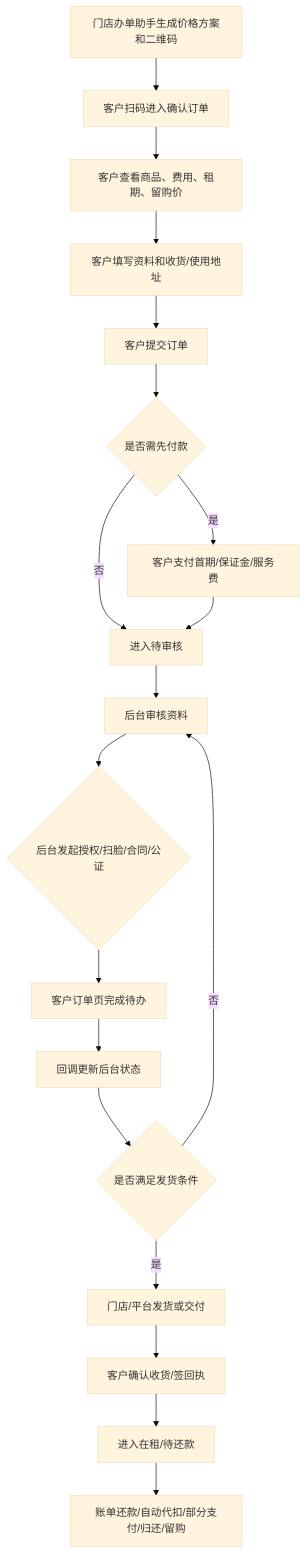
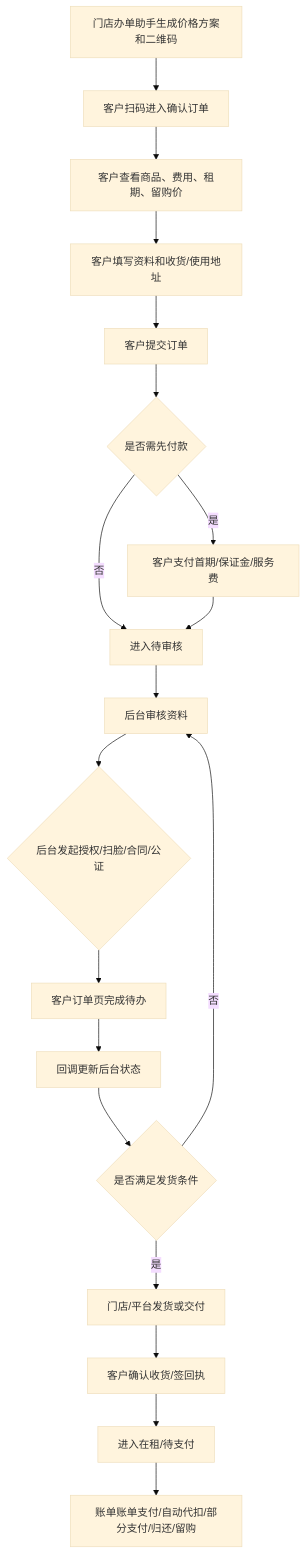
The diagram in PRD/V0.2/modules/C端/下单履约/01_客户扫码下单主流程.md (joezjyan-bot/mandian-prd), drawn with Mermaid (base theme) before and after one commit. The commit also changed other lines of this file and 29 other files, not shown here.

````diff
--- a/PRD/V0.2/modules/C端/下单履约/01_客户扫码下单主流程.md
+++ b/PRD/V0.2/modules/C端/下单履约/01_客户扫码下单主流程.md
@@ -42,21 +42,21 @@
 ```mermaid
 flowchart TD
     A["门店办单助手生成价格方案和二维码"] --> B["客户扫码进入确认订单"]
     B --> C["客户查看商品、费用、租期、留购价"]
     C --> D["客户填写资料和收货/使用地址"]
     D --> E["客户提交订单"]
     E --> F{"是否需先付款"}
     F -->|是| G["客户支付首期/保证金/服务费"]
     F -->|否| H["进入待审核"]
     G --> H
     H --> I["后台审核资料"]
     I --> J{"后台发起授权/扫脸/合同/公证"}
     J --> K["客户订单页完成待办"]
     K --> L["回调更新后台状态"]
     L --> M{"是否满足发货条件"}
     M -->|否| I
     M -->|是| N["门店/平台发货或交付"]
     N --> O["客户确认收货/签回执"]
-    O --> P["进入在租/待还款"]
-    P --> Q["账单还款/自动代扣/部分支付/归还/留购"]
+    O --> P["进入在租/待支付"]
+    P --> Q["账单账单支付/自动代扣/部分支付/归还/留购"]
 ```
````
